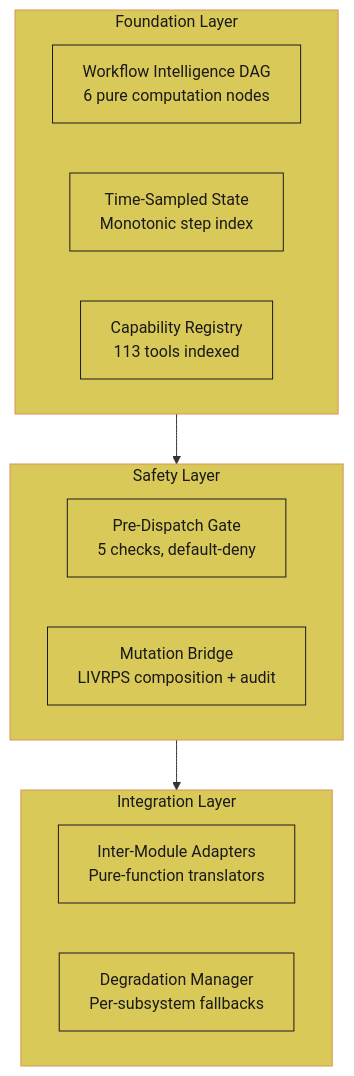
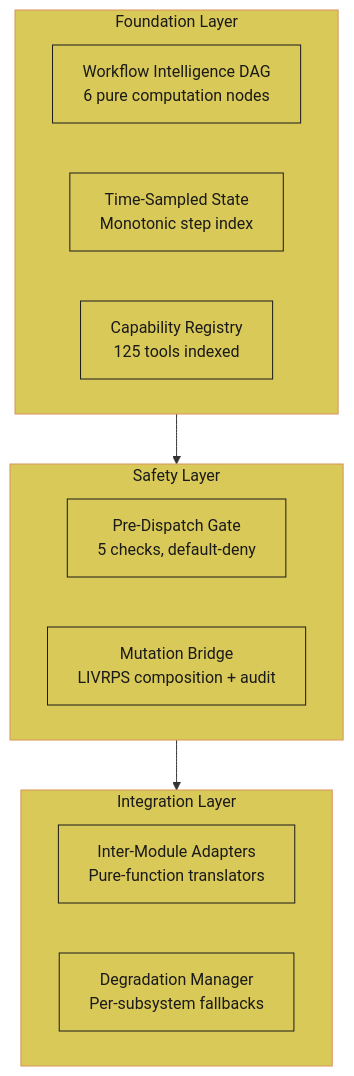
One commit to JosephOIbrahim/Comfy-Cozy changed diagram 17 of 29 in README.md. Above: the diagram before and after it, drawn with Mermaid. The commit also changed other lines of this file, not shown here.

````diff
--- a/README.md
+++ b/README.md
@@ -804,28 +804,28 @@
 ```mermaid
 graph TB
     subgraph Foundation ["Foundation Layer"]
         DAG["Workflow Intelligence DAG<br/>6 pure computation nodes"]
         OBS["Time-Sampled State<br/>Monotonic step index"]
-        CAP["Capability Registry<br/>113 tools indexed"]
+        CAP["Capability Registry<br/>125 tools indexed"]
     end
 
     subgraph Safety ["Safety Layer"]
         GATE["Pre-Dispatch Gate<br/>5 checks, default-deny"]
         BRIDGE["Mutation Bridge<br/>LIVRPS composition + audit"]
     end
 
     subgraph Integration ["Integration Layer"]
         ADAPT["Inter-Module Adapters<br/>Pure-function translators"]
         DEGRADE["Degradation Manager<br/>Per-subsystem fallbacks"]
     end
 
     Foundation --> Safety --> Integration
 
     style Foundation fill:#d9c958,color:#1a1a1a,stroke:#d99458
     style Safety fill:#d9c958,color:#1a1a1a,stroke:#d99458
     style Integration fill:#d9c958,color:#1a1a1a,stroke:#d99458
 
     classDef orange fill:#d99458,color:#1a1a1a,stroke:#1a1a1a
     classDef yellow fill:#d9c958,color:#1a1a1a,stroke:#1a1a1a
     class DAG,OBS,CAP,GATE,BRIDGE,ADAPT,DEGRADE yellow
 ```
````
